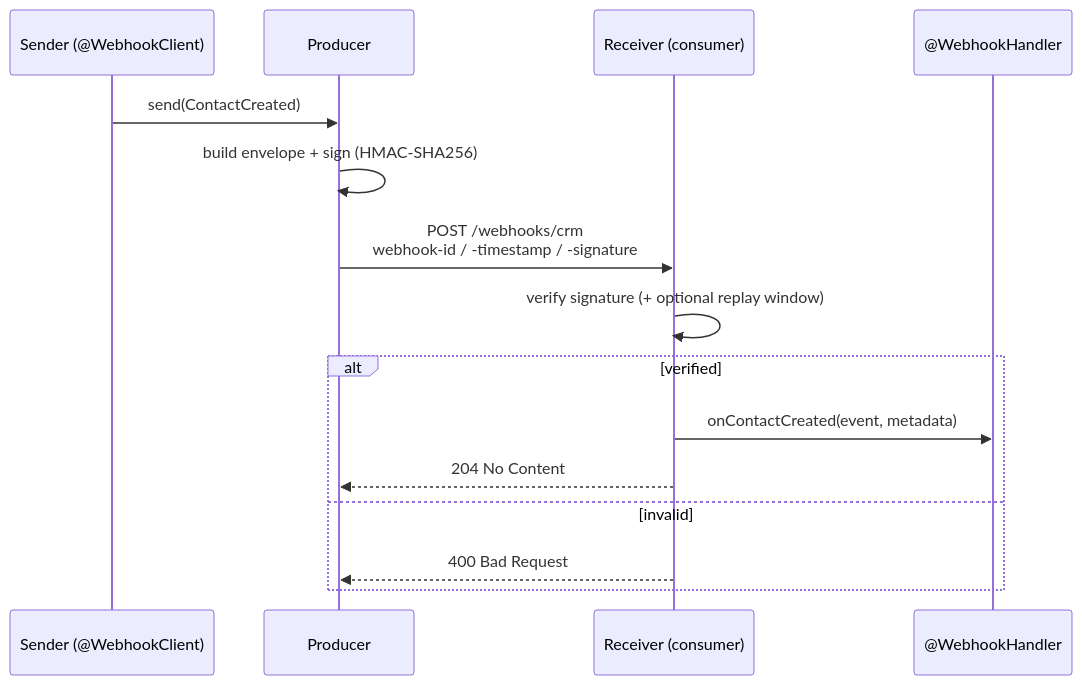
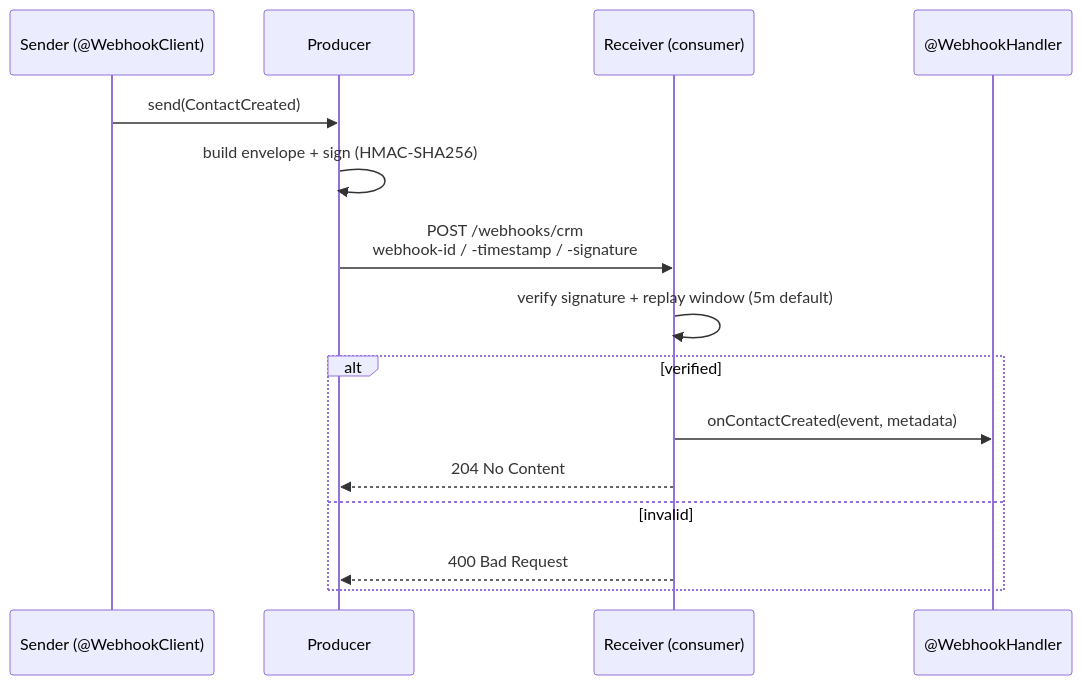
One commit to jinternals/webhooks changed the second of 2 diagrams in docs/getting-started.md. Above: the diagram before and after it, drawn with Mermaid. The commit also changed other lines of this file and 17 other files, not shown here.

````diff
--- a/docs/getting-started.md
+++ b/docs/getting-started.md
@@ -151,18 +151,18 @@
 ```mermaid
 sequenceDiagram
     participant S as Sender (@WebhookClient)
     participant P as Producer
     participant R as Receiver (consumer)
     participant H as @WebhookHandler
 
     S->>P: send(ContactCreated)
     P->>P: build envelope + sign (HMAC-SHA256)
     P->>R: POST /webhooks/crm<br/>webhook-id / -timestamp / -signature
-    R->>R: verify signature (+ optional replay window)
+    R->>R: verify signature + replay window (5m default)
     alt verified
         R->>H: onContactCreated(event, metadata)
         R-->>P: 204 No Content
     else invalid
         R-->>P: 400 Bad Request
     end
 ```
````
